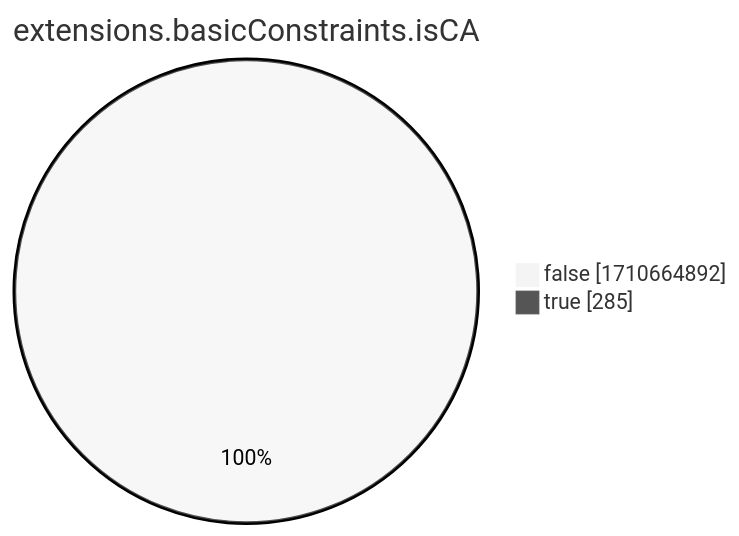
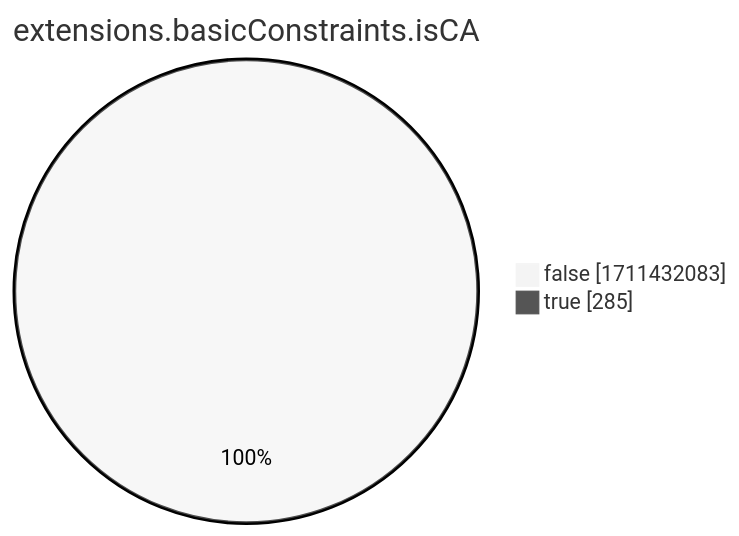
The eighth of 15 diagrams in xenon2022/README.md (christiankrug/ctmonitor_visualization), drawn with Mermaid (neutral theme) before and after one commit. The commit also changed other lines of this file, not shown here.

````diff
--- a/xenon2022/README.md
+++ b/xenon2022/README.md
@@ -2866,6 +2866,6 @@
 ```mermaid
 pie showData
 title extensions.basicConstraints.isCA
-"false" :1710664892
+"false" :1711432083
 "true" :285
 ```
````
